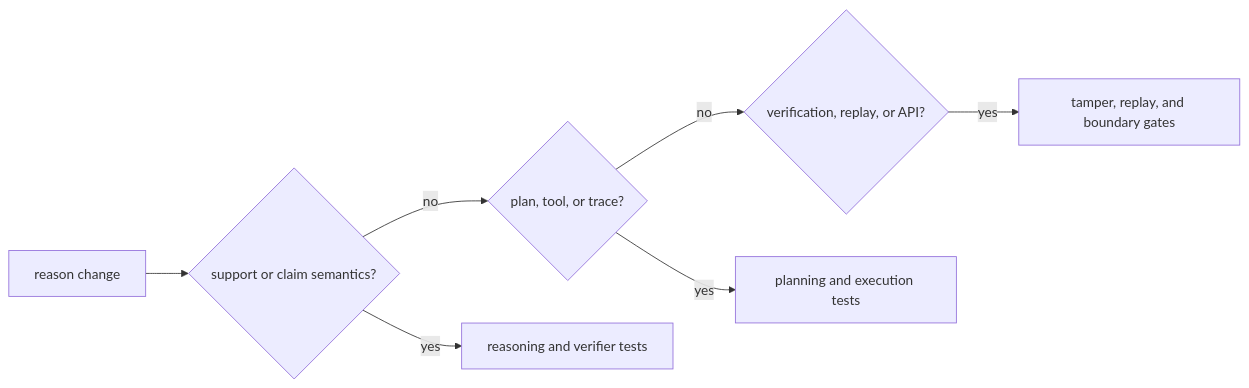
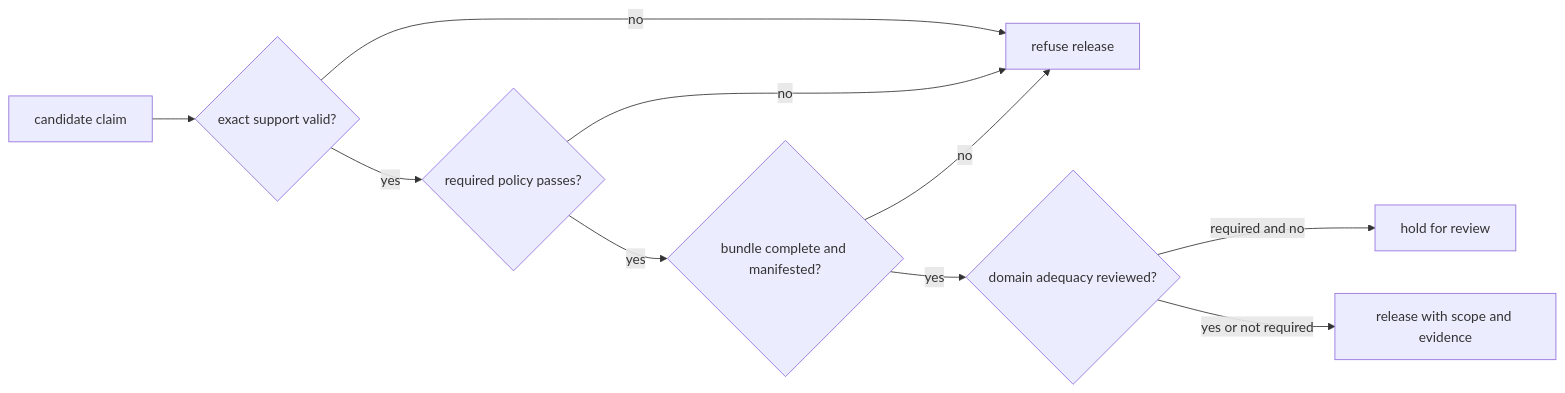
One commit to bijux/bijux-canon changed the second of 2 diagrams in docs/04-bijux-canon-reason/quality/risk-register.md. Above: the diagram before and after it, drawn with Mermaid. The commit also changed other lines of this file and 1 other file, not shown here.

Commit message:
docs(reason): define evidence limits and risks

````diff
--- a/docs/04-bijux-canon-reason/quality/risk-register.md
+++ b/docs/04-bijux-canon-reason/quality/risk-register.md
@@ -53,17 +56,12 @@
 ```mermaid
 flowchart LR
-    change["reason change"]
-    support{"support or claim semantics?"}
-    execution{"plan, tool, or trace?"}
-    artifact{"verification, replay, or API?"}
-    grounding["reasoning and verifier tests"]
-    lifecycle["planning and execution tests"]
-    tamper["tamper, replay, and boundary gates"]
-
-    change --> support
-    support -->|yes| grounding
-    support -->|no| execution
-    execution -->|yes| lifecycle
-    execution -->|no| artifact
-    artifact -->|yes| tamper
+    claim["candidate claim"] --> support{"exact support valid?"}
+    support -->|no| refuse["refuse release"]
+    support -->|yes| policy{"required policy passes?"}
+    policy -->|no| refuse
+    policy -->|yes| bundle{"bundle complete and manifested?"}
+    bundle -->|no| refuse
+    bundle -->|yes| adequacy{"domain adequacy reviewed?"}
+    adequacy -->|required and no| hold["hold for review"]
+    adequacy -->|yes or not required| release["release with scope and evidence"]
 ```
````
